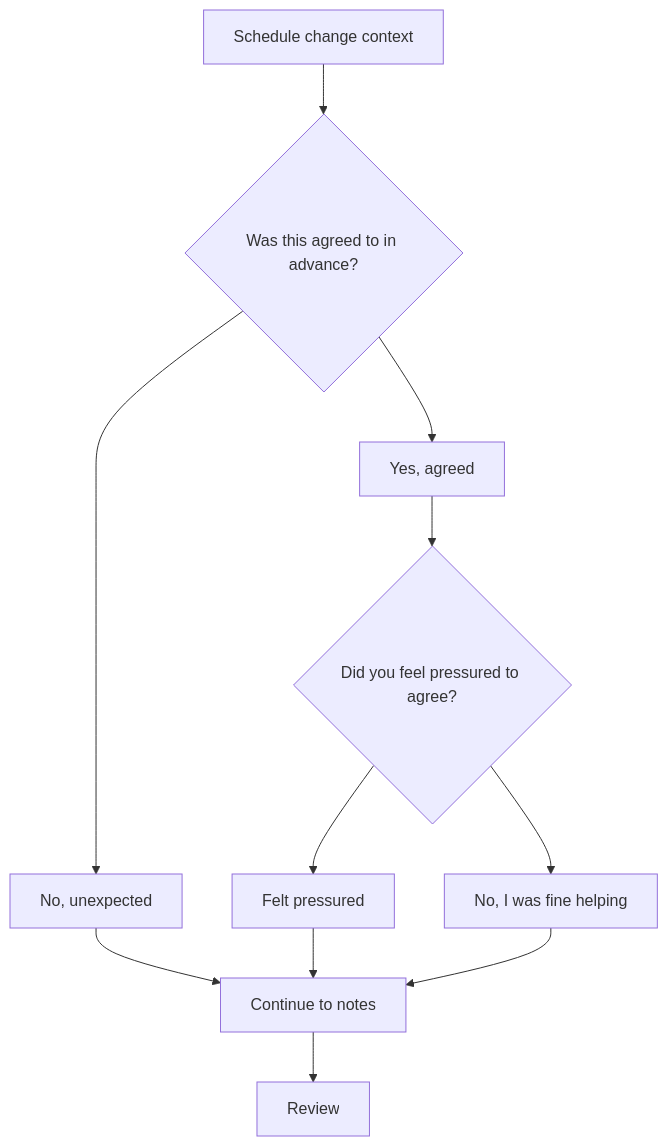
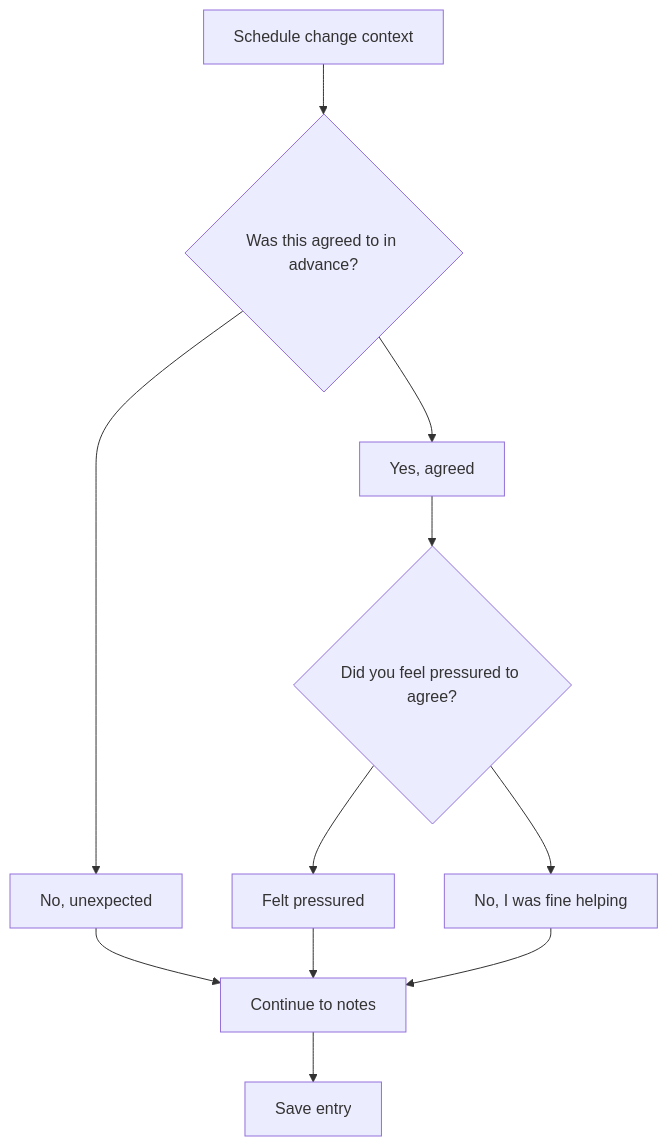
One commit to smrif/thomjrepo changed the second of 2 diagrams in DECISION_TREE.md. Above: the diagram before and after it, drawn with Mermaid. The commit also changed other lines of this file and 86 other files, not shown here.

````diff
--- a/DECISION_TREE.md
+++ b/DECISION_TREE.md
@@ -61,13 +65,13 @@
 ```mermaid
 flowchart TD
   Change["Schedule change context"] --> Agreed{"Was this agreed to in advance?"}
   Agreed --> Yes["Yes, agreed"]
   Agreed --> No["No, unexpected"]
   Yes --> Pressure{"Did you feel pressured to agree?"}
   Pressure --> Pressured["Felt pressured"]
   Pressure --> Fine["No, I was fine helping"]
   No --> Notes["Continue to notes"]
   Pressured --> Notes
   Fine --> Notes
-  Notes --> Review["Review"]
+  Notes --> Review["Save entry"]
 ```
````
